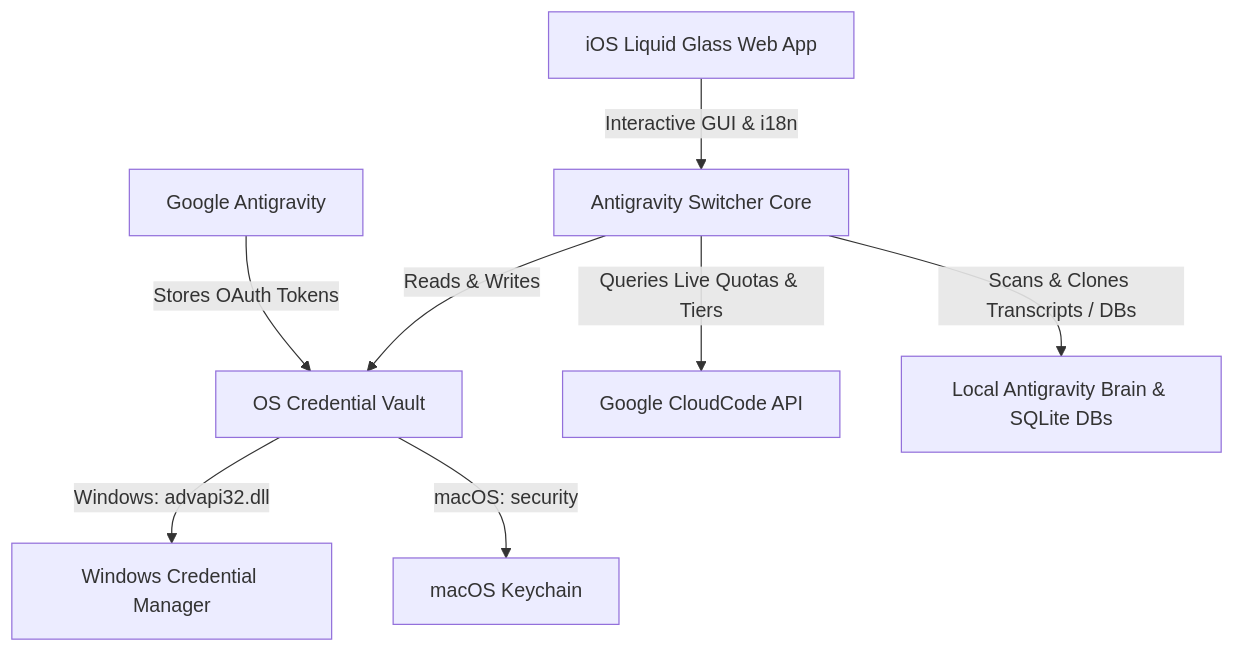
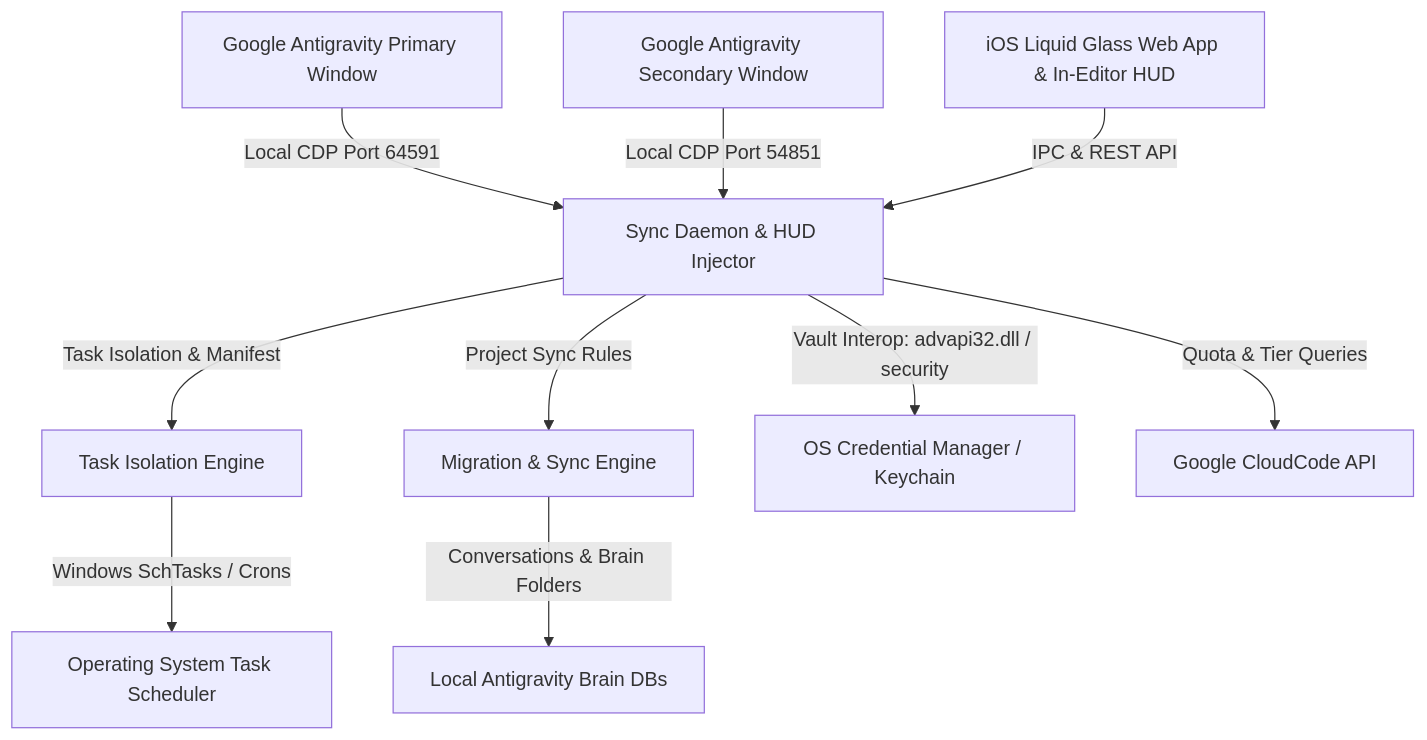
One commit to Madgod-xyz/antigravity-account-switcher changed the diagram in README.md. Above: the diagram before and after it, drawn with Mermaid. The commit also changed other lines of this file and 13 other files, not shown here.

Commit message:
feat: dual-instance concurrent runner, scheduled task isolation, granular project sync hub, DOM pill fix, and zero-leak credential sanitization

````diff
--- a/README.md
+++ b/README.md
@@ -139,12 +183,16 @@
 ```mermaid
 graph TD
-    A[Google Antigravity] -->|Stores OAuth Tokens| B[OS Credential Vault]
-    B -->|Windows: advapi32.dll| C[Windows Credential Manager]
-    B -->|macOS: security| D[macOS Keychain]
+    A[Google Antigravity Primary Window] -->|Local CDP Port 64591| B[Sync Daemon & HUD Injector]
+    C[Google Antigravity Secondary Window] -->|Local CDP Port 54851| B
     
-    E[Antigravity Switcher Core] -->|Reads & Writes| B
-    E -->|Queries Live Quotas & Tiers| F[Google CloudCode API]
-    E -->|Scans & Clones Transcripts / DBs| G[Local Antigravity Brain & SQLite DBs]
+    B -->|Task Isolation & Manifest| D[Task Isolation Engine]
+    B -->|Project Sync Rules| E[Migration & Sync Engine]
     
-    H[iOS Liquid Glass Web App] -->|Interactive GUI & i18n| E
+    D -->|Windows SchTasks / Crons| F[Operating System Task Scheduler]
+    E -->|Conversations & Brain Folders| G[Local Antigravity Brain DBs]
+    
+    B -->|Vault Interop: advapi32.dll / security| H[OS Credential Manager / Keychain]
+    B -->|Quota & Tier Queries| I[Google CloudCode API]
+    
+    J[iOS Liquid Glass Web App & In-Editor HUD] -->|IPC & REST API| B
 ```
````
